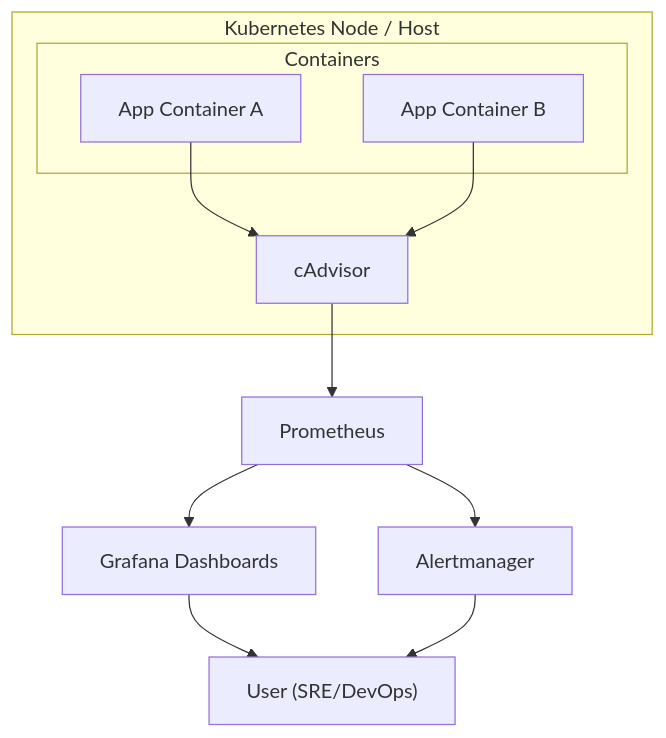
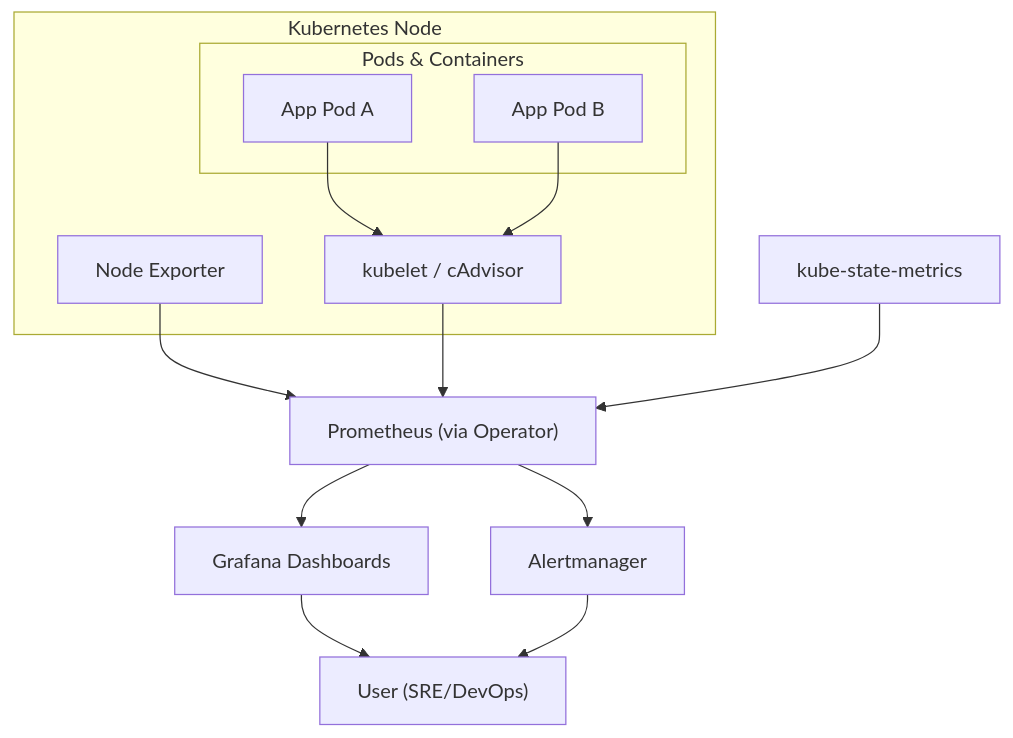
One commit to sean-njela/k8s_monitoring changed the diagram in docs/1-architecture/0-overview.md. Above: the diagram before and after it, drawn with Mermaid. The commit also changed other lines of this file and 21 other files, not shown here.

Commit message:
added prom helm chart

````diff
--- a/docs/1-architecture/0-overview.md
+++ b/docs/1-architecture/0-overview.md
@@ -49,21 +51,26 @@
 ```mermaid
 flowchart TD
 
-    subgraph Node["Kubernetes Node / Host"]
-        subgraph Containers["Containers"]
-            A1["App Container A"]
-            A2["App Container B"]
+    subgraph Node["Kubernetes Node"]
+        subgraph Pods["Pods & Containers"]
+            A1["App Pod A"]
+            A2["App Pod B"]
         end
-        C["cAdvisor"]
+        C["kubelet / cAdvisor"]
+        N["Node Exporter"]
     end
+
+    KS["kube-state-metrics"]
 
     A1 --> C
     A2 --> C
+    N --> P["Prometheus (via Operator)"]
+    C --> P
+    KS --> P
 
-    C --> P["Prometheus"]
     P --> G["Grafana Dashboards"]
     P --> A["Alertmanager"]
 
     G --> U["User (SRE/DevOps)"]
     A --> U
 ```
````
